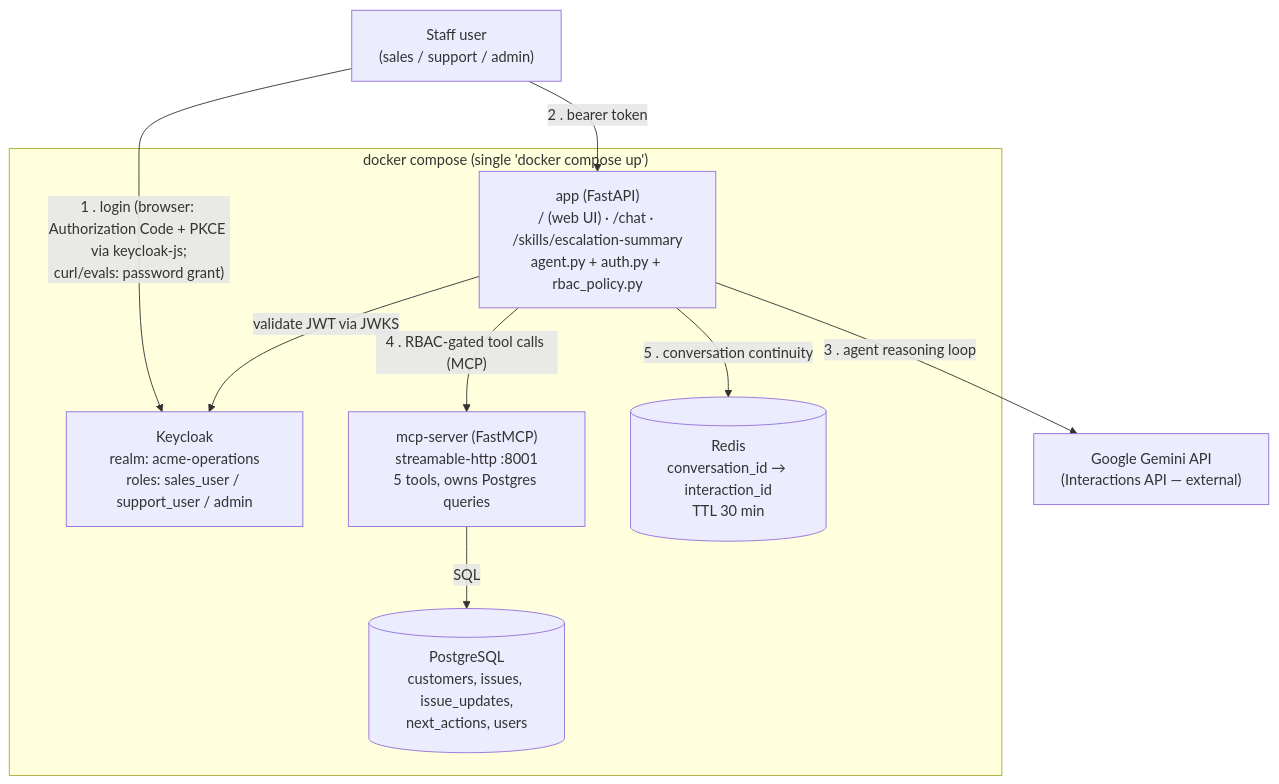
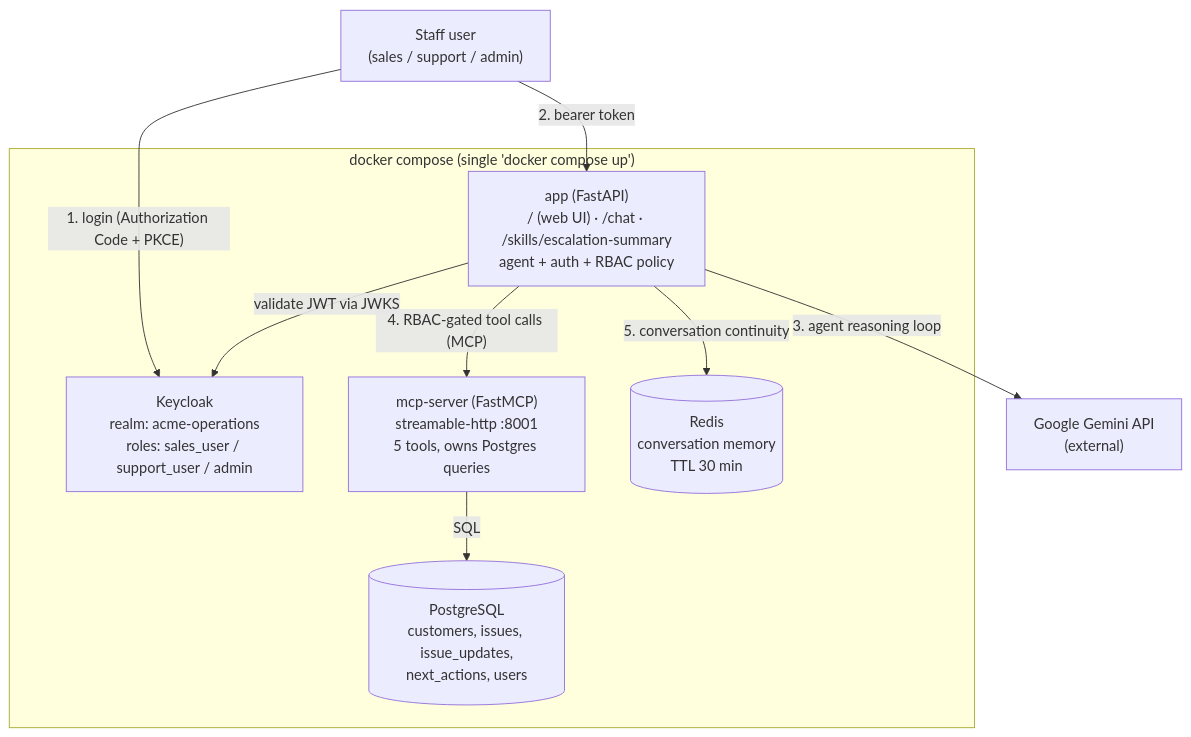
Before and after one commit to nageshgg/AcmeOperations: the diagram in README.md, drawn with Mermaid. The commit also changed other lines of this file and 1 other file, not shown here.

````diff
--- a/README.md
+++ b/README.md
@@ -107,21 +49,21 @@
 ```mermaid
 graph TD
     User["Staff user<br/>(sales / support / admin)"]
-    Gemini["Google Gemini API<br/>(Interactions API — external)"]
+    Gemini["Google Gemini API<br/>(external)"]
 
     subgraph Compose["docker compose (single 'docker compose up')"]
         Keycloak["Keycloak<br/>realm: acme-operations<br/>roles: sales_user / support_user / admin"]
-        App["app (FastAPI)<br/>/ (web UI) · /chat · /skills/escalation-summary<br/>agent.py + auth.py + rbac_policy.py"]
+        App["app (FastAPI)<br/>/ (web UI) · /chat · /skills/escalation-summary<br/>agent + auth + RBAC policy"]
         MCP["mcp-server (FastMCP)<br/>streamable-http :8001<br/>5 tools, owns Postgres queries"]
         Postgres[("PostgreSQL<br/>customers, issues, issue_updates,<br/>next_actions, users")]
-        Redis[("Redis<br/>conversation_id → interaction_id<br/>TTL 30 min")]
+        Redis[("Redis<br/>conversation memory<br/>TTL 30 min")]
     end
 
-    User -- "1 . login (browser: Authorization Code + PKCE via keycloak-js;<br/>curl/evals: password grant)" --> Keycloak
-    User -- "2 . bearer token" --> App
+    User -- "1. login (Authorization Code + PKCE)" --> Keycloak
+    User -- "2. bearer token" --> App
     App -- "validate JWT via JWKS" --> Keycloak
-    App -- "3 . agent reasoning loop" --> Gemini
-    App -- "4 . RBAC-gated tool calls (MCP)" --> MCP
+    App -- "3. agent reasoning loop" --> Gemini
+    App -- "4. RBAC-gated tool calls (MCP)" --> MCP
     MCP -- "SQL" --> Postgres
-    App -- "5 . conversation continuity" --> Redis
+    App -- "5. conversation continuity" --> Redis
 ```
````
